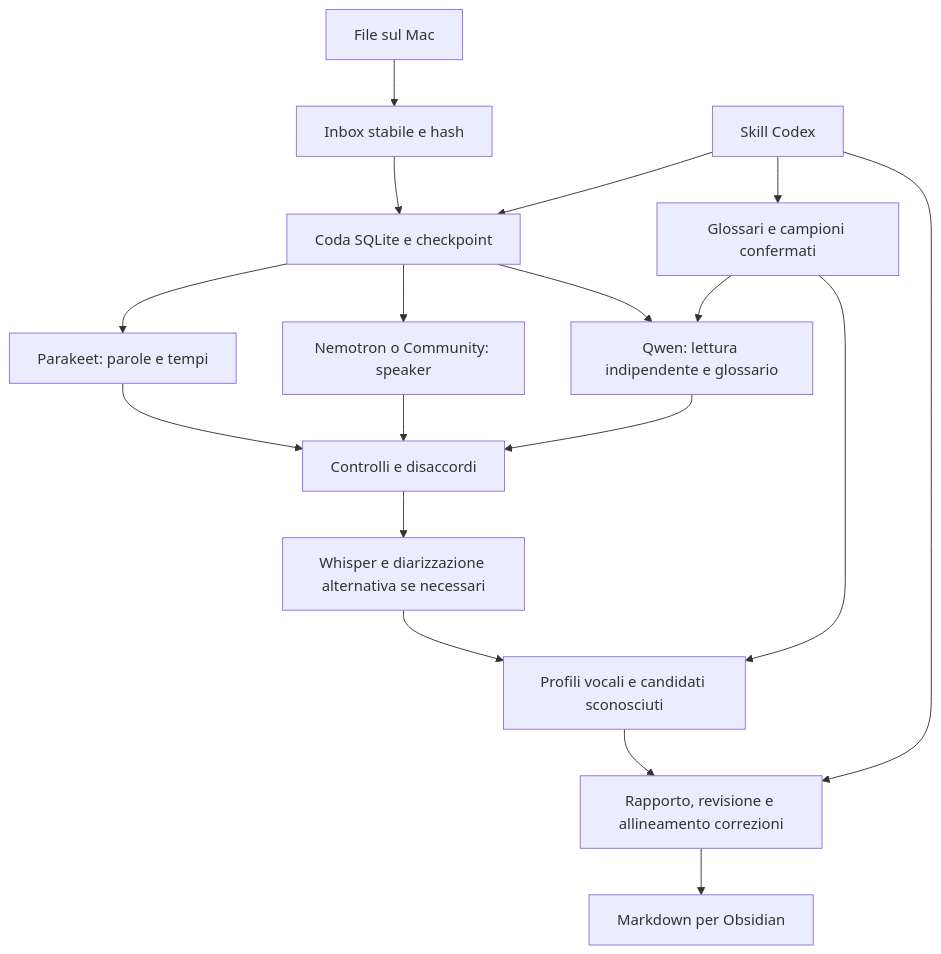
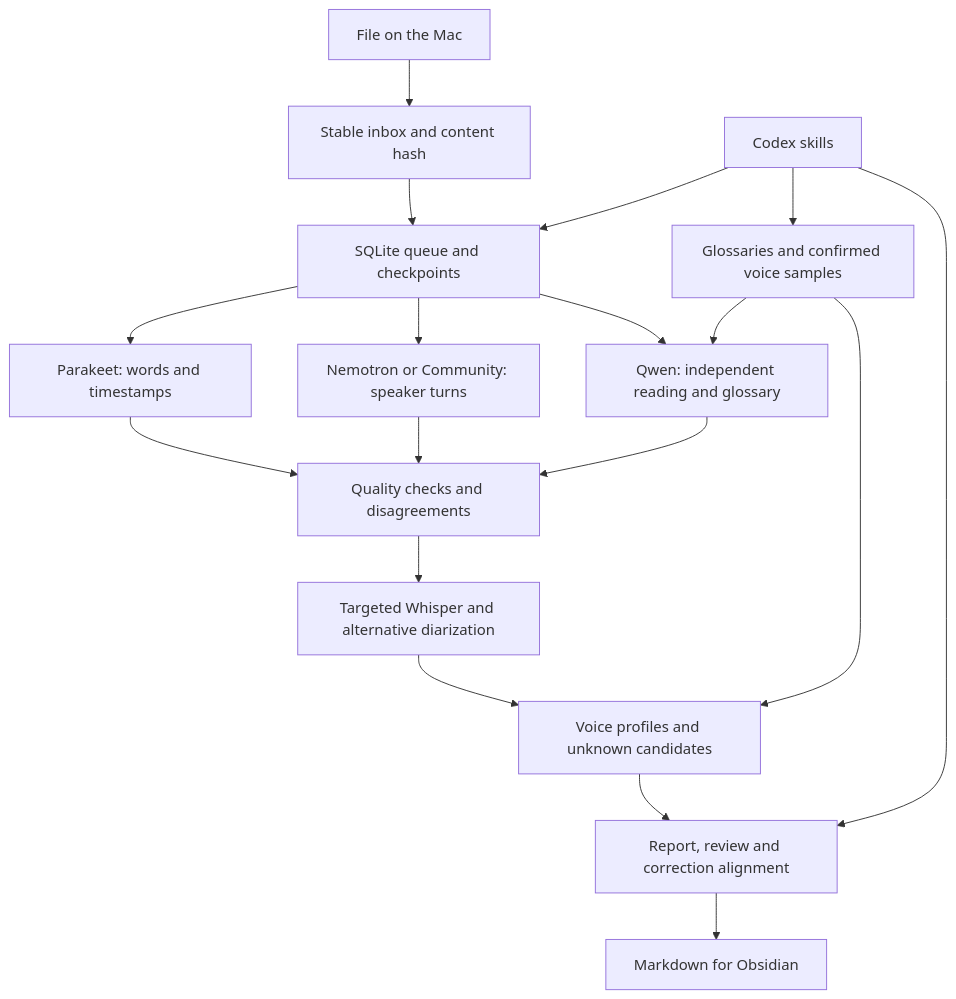
Before and after one commit to smutti/meeting-pipeline: the diagram in docs/ARCHITECTURE.md, drawn with Mermaid. The commit also changed other lines of this file and 22 other files, not shown here.

````diff
--- a/docs/ARCHITECTURE.md
+++ b/docs/ARCHITECTURE.md
@@ -5,20 +5,20 @@
 ```mermaid
 flowchart TD
-  A[File sul Mac] --> B[Inbox stabile e hash]
-  B --> C[Coda SQLite e checkpoint]
-  C --> D[Parakeet: parole e tempi]
-  C --> E[Nemotron o Community: speaker]
-  C --> F[Qwen: lettura indipendente e glossario]
-  D --> G[Controlli e disaccordi]
+  A[File on the Mac] --> B[Stable inbox and content hash]
+  B --> C[SQLite queue and checkpoints]
+  C --> D[Parakeet: words and timestamps]
+  C --> E[Nemotron or Community: speaker turns]
+  C --> F[Qwen: independent reading and glossary]
+  D --> G[Quality checks and disagreements]
   E --> G
   F --> G
-  G --> H[Whisper e diarizzazione alternativa se necessari]
-  H --> I[Profili vocali e candidati sconosciuti]
-  I --> J[Rapporto, revisione e allineamento correzioni]
-  J --> K[Markdown per Obsidian]
-  L[Skill Codex] --> C
+  G --> H[Targeted Whisper and alternative diarization]
+  H --> I[Voice profiles and unknown candidates]
+  I --> J[Report, review and correction alignment]
+  J --> K[Markdown for Obsidian]
+  L[Codex skills] --> C
   L --> J
-  L --> M[Glossari e campioni confermati]
+  L --> M[Glossaries and confirmed voice samples]
   M --> F
   M --> I
 ```
````
